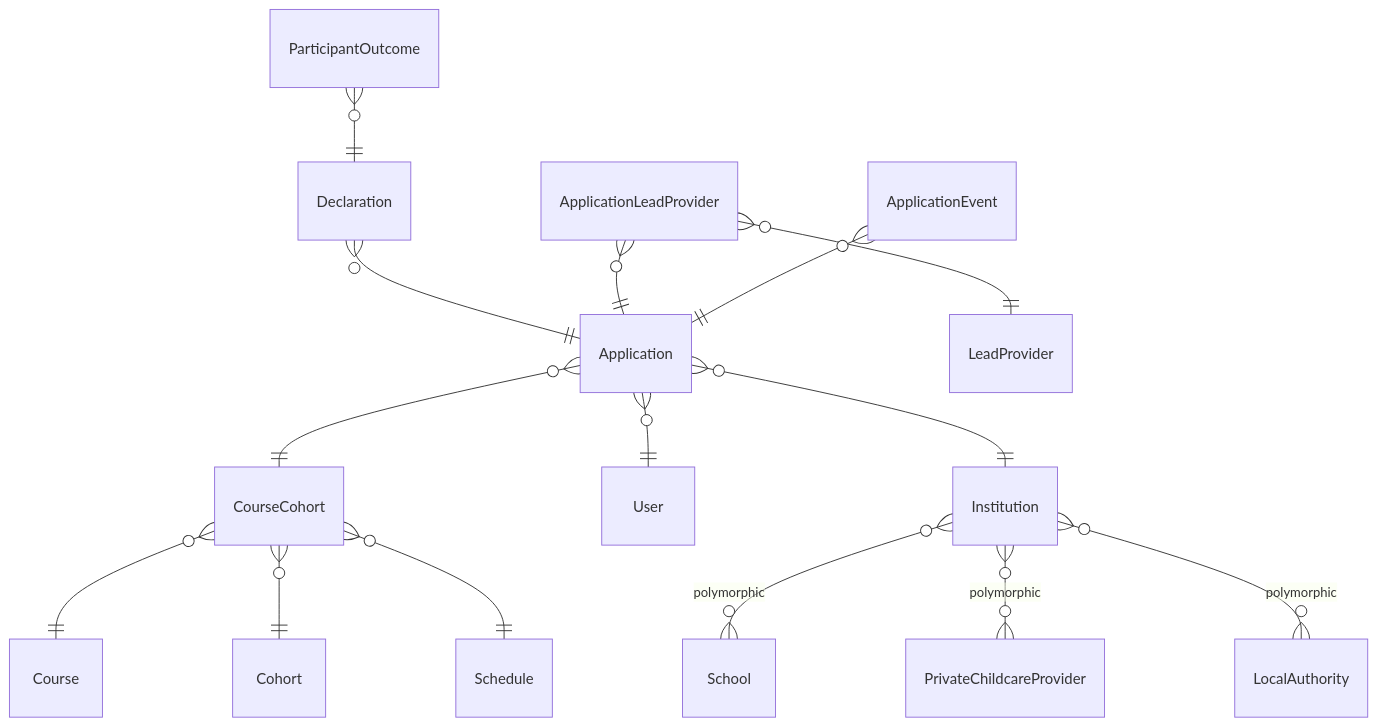
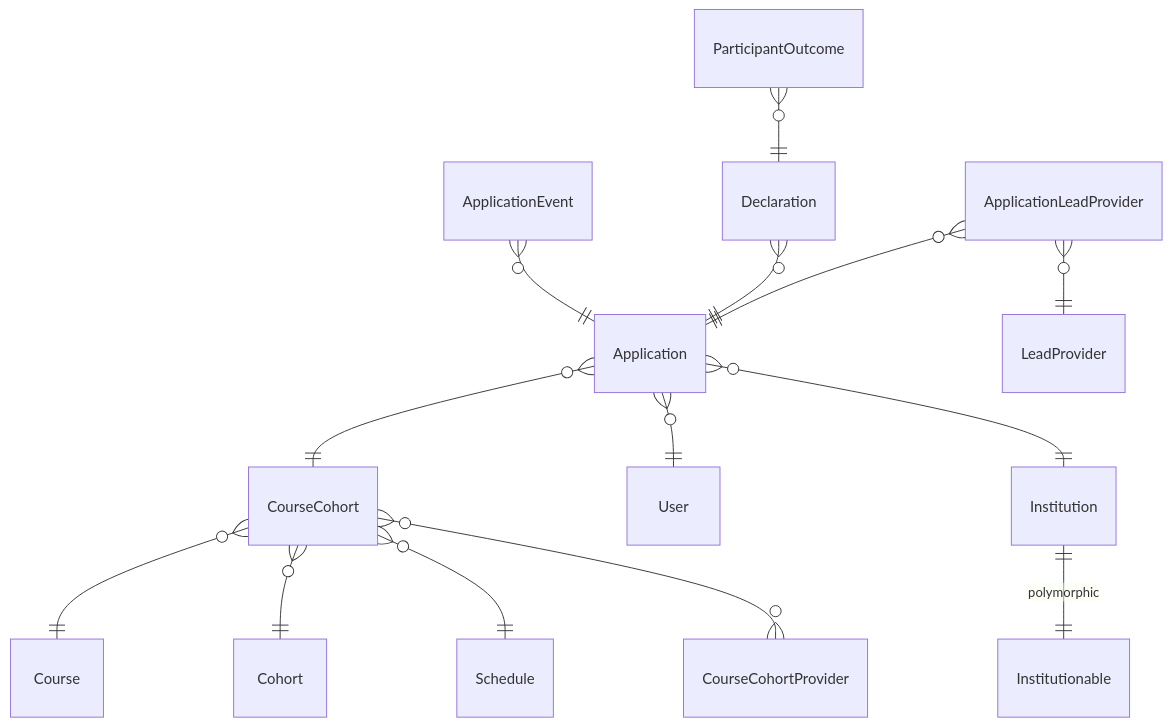
Before and after one commit to DFE-Digital/teacher-training-entitlement: the diagram in documentation/data.md, drawn with Mermaid. The commit also changed other lines of this file, not shown here.

Commit message:
Update data.md
Clarifies current NPD data model

````diff
--- a/documentation/data.md
+++ b/documentation/data.md
@@ -93,20 +93,19 @@
 ```mermaid
 erDiagram
+  ApplicationEvent }o--|| Application : ""
   CourseCohort }o--|| Course : ""
   CourseCohort }o--|| Cohort : ""
   CourseCohort }o--|| Schedule : ""
+  CourseCohort }o--o{ CourseCohortProvider : ""
   Application }o--|| CourseCohort : ""
   Application }o--|| User : ""
   Application }o--|| Institution : ""
 
   Declaration }o--|| Application : ""
   ParticipantOutcome }o--|| Declaration : ""
 
   ApplicationLeadProvider }o--|| Application : ""
   ApplicationLeadProvider }o--|| LeadProvider : ""
-  ApplicationEvent }o--|| Application : ""
 
-  Institution }o--o{ School : polymorphic
-  Institution }o--o{ PrivateChildcareProvider : polymorphic
-  Institution }o--o{ LocalAuthority : polymorphic
+  Institution ||--|| Institutionable : polymorphic
 ```
````
